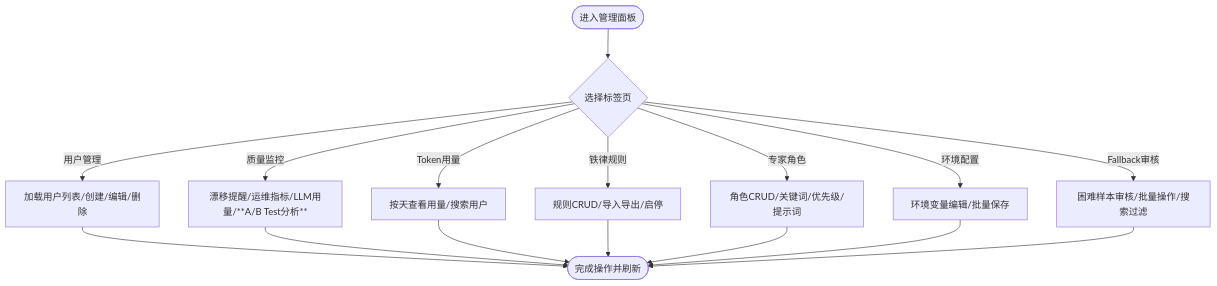
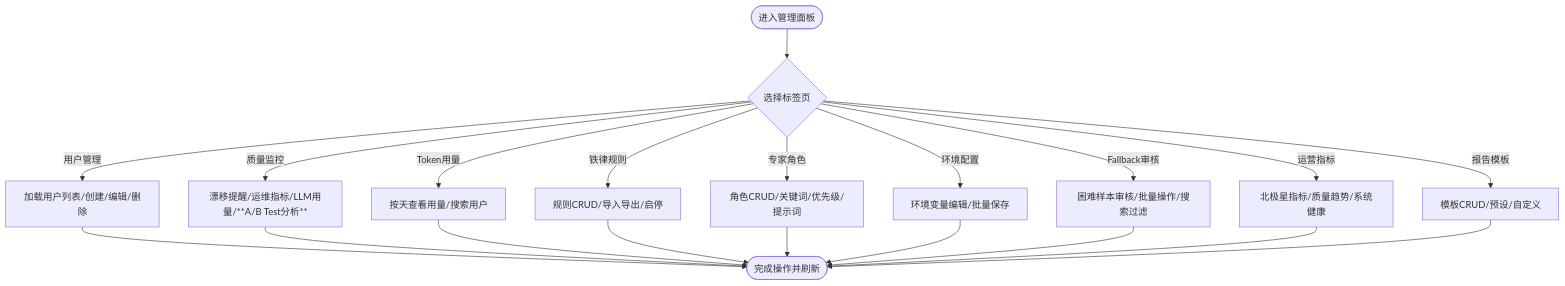
The third of 13 diagrams in .qoder/repowiki/zh/content/前端应用/核心组件库/管理面板组件.md (dgjin/smart-data-analytics), drawn with Mermaid before and after one commit. The commit also changed other lines of this file and 100 other files, not shown here.

````diff
--- a/.qoder/repowiki/zh/content/前端应用/核心组件库/管理面板组件.md
+++ b/.qoder/repowiki/zh/content/前端应用/核心组件库/管理面板组件.md
@@ -175,18 +191,22 @@
 ```mermaid
 flowchart TD
 Start(["进入管理面板"]) --> Tab{"选择标签页"}
 Tab --> |用户管理| Users["加载用户列表/创建/编辑/删除"]
 Tab --> |质量监控| Quality["漂移提醒/运维指标/LLM用量/**A/B Test分析**"]
 Tab --> |Token用量| Usage["按天查看用量/搜索用户"]
 Tab --> |铁律规则| Rules["规则CRUD/导入导出/启停"]
 Tab --> |专家角色| Personas["角色CRUD/关键词/优先级/提示词"]
 Tab --> |环境配置| Env["环境变量编辑/批量保存"]
 Tab --> |Fallback审核| Fallback["困难样本审核/批量操作/搜索过滤"]
+Tab --> |运营指标| Ops["北极星指标/质量趋势/系统健康"]
+Tab --> |报告模板| Templates["模板CRUD/预设/自定义"]
 Users --> End(["完成操作并刷新"])
 Quality --> End
 Usage --> End
 Rules --> End
 Personas --> End
 Env --> End
 Fallback --> End
+Ops --> End
+Templates --> End
 ```
````
